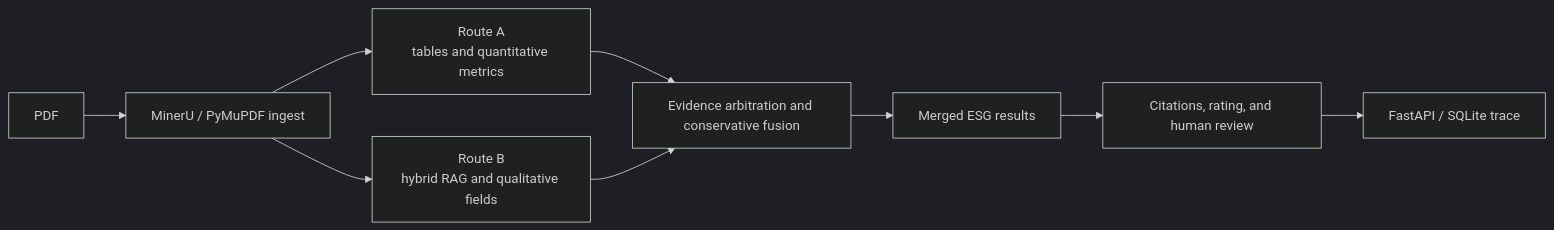
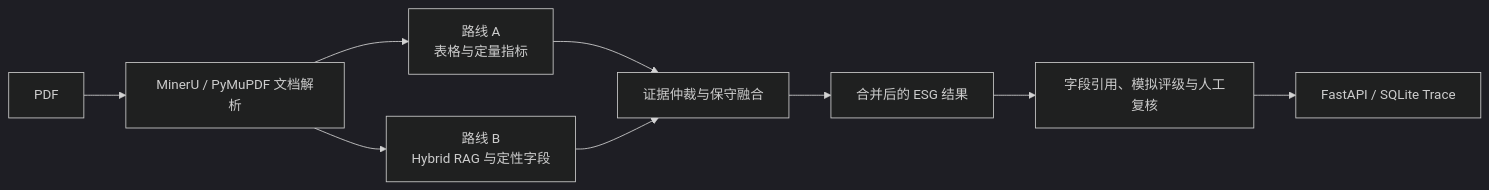
One commit to ehx0613/esg-multimodal-extraction-agent changed the diagram in docs/project_memory/ARCHITECTURE_AND_OPERATIONS.md. Above: the diagram before and after it, drawn with Mermaid (dark theme). The commit also changed other lines of this file and 3 other files, not shown here.

Commit message:
docs: 更新当前架构图和中文文档

````diff
--- a/docs/project_memory/ARCHITECTURE_AND_OPERATIONS.md
+++ b/docs/project_memory/ARCHITECTURE_AND_OPERATIONS.md
@@ -9,11 +9,11 @@
 ```mermaid
 flowchart LR
-    PDF["PDF"] --> INGEST["MinerU / PyMuPDF ingest"]
-    INGEST --> A["Route A<br/>tables and quantitative metrics"]
-    INGEST --> B["Route B<br/>hybrid RAG and qualitative fields"]
-    A --> F["Evidence arbitration and conservative fusion"]
+    PDF["PDF"] --> INGEST["MinerU / PyMuPDF 文档解析"]
+    INGEST --> A["路线 A<br/>表格与定量指标"]
+    INGEST --> B["路线 B<br/>Hybrid RAG 与定性字段"]
+    A --> F["证据仲裁与保守融合"]
     B --> F
-    F --> M["Merged ESG results"]
-    M --> R["Citations, rating, and human review"]
-    R --> T["FastAPI / SQLite trace"]
+    F --> M["合并后的 ESG 结果"]
+    M --> R["字段引用、模拟评级与人工复核"]
+    R --> T["FastAPI / SQLite Trace"]
 ```
````
